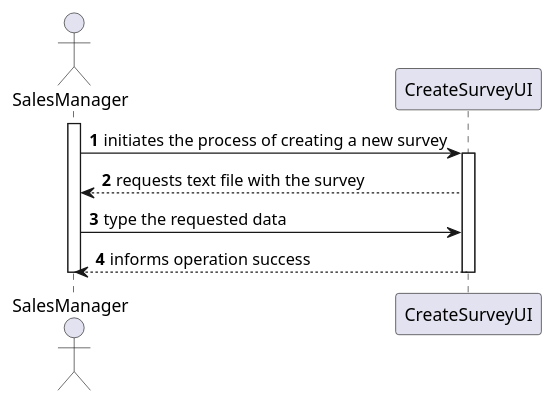
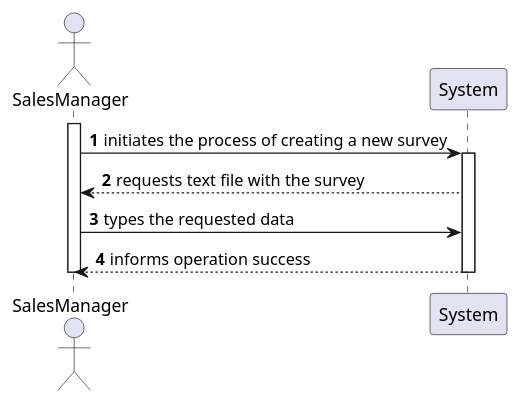
One commit to Pedromaia26/LAPR4-ISEP changed the diagram in Documentação/1201381/US3001/US3001_SSD.puml. Above: the diagram before and after it, drawn with PlantUML. The commit also changed 3 other files, not shown here.

```diff
--- a/Documentação/1201381/US3001/US3001_SSD.puml
+++ b/Documentação/1201381/US3001/US3001_SSD.puml
@@ -1,15 +1,15 @@
 @startuml
 autonumber
 actor "SalesManager" as SM
-participant "CreateSurveyUI" as UI
+participant "System" as UI
 
 activate SM
 SM -> UI : initiates the process of creating a new survey
 activate UI
 UI --> SM : requests text file with the survey
-SM -> UI : type the requested data
+SM -> UI : types the requested data
 UI --> SM : informs operation success
 deactivate UI
 
 deactivate SM
 @enduml
```
